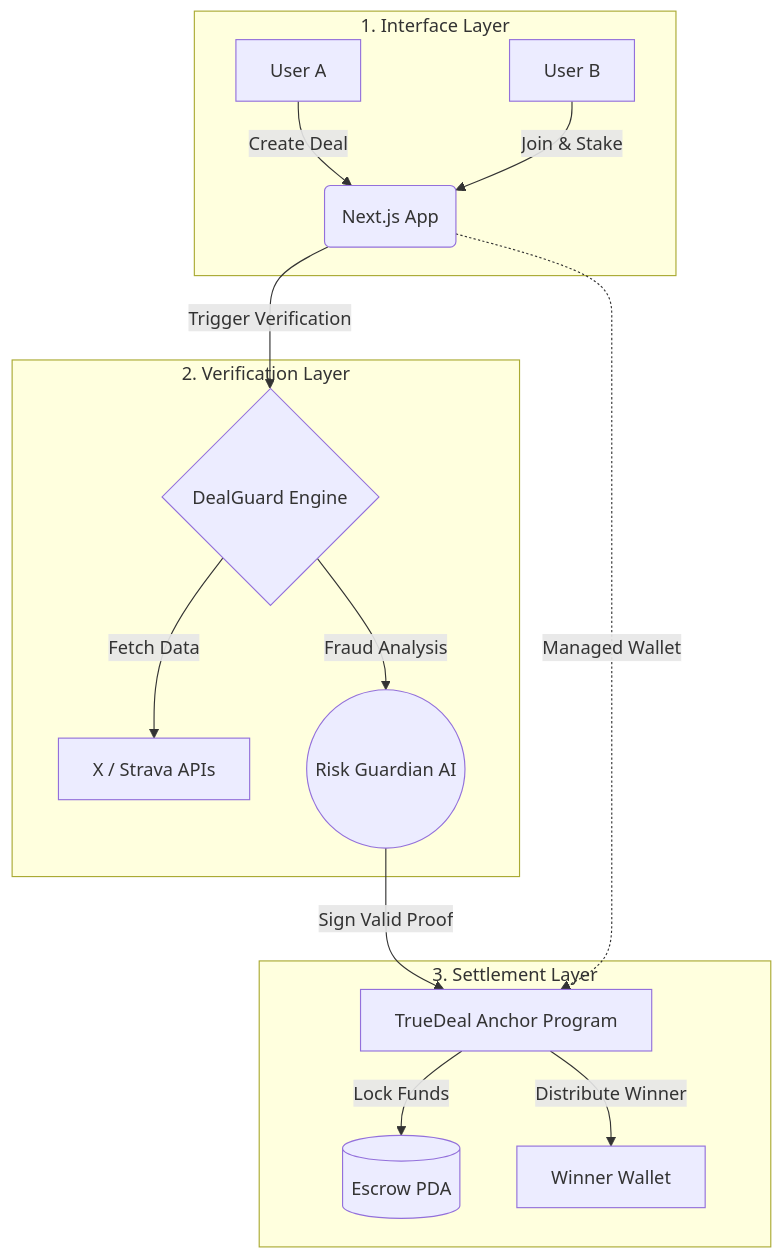
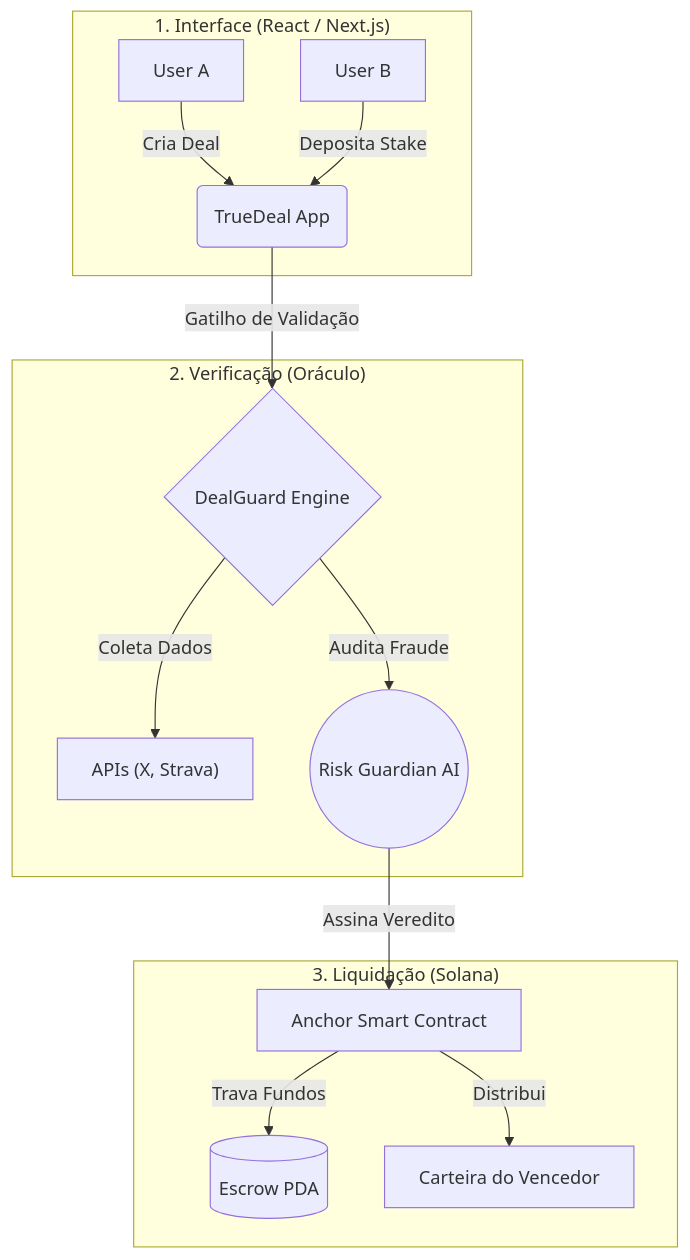
The diagram in README.md (lkr0102/truedeal), drawn with Mermaid before and after one commit. The commit also changed other lines of this file and 2 other files, not shown here.

````diff
--- a/README.md
+++ b/README.md
@@ -31,21 +95,19 @@
 ```mermaid
 graph TD
-    subgraph Layer1 ["1. Interface Layer"]
-        A["User A"] -->|"Create Deal"| C("Next.js App")
-        B["User B"] -->|"Join & Stake"| C
+    subgraph Layer1 ["1. Interface (React / Next.js)"]
+        A["User A"] -->|"Cria Deal"| C("TrueDeal App")
+        B["User B"] -->|"Deposita Stake"| C
     end
 
-    subgraph Layer2 ["2. Verification Layer"]
-        C -->|"Trigger Verification"| D{"DealGuard Engine"}
-        D -->|"Fetch Data"| E["X / Strava APIs"]
-        D -->|"Fraud Analysis"| F(("Risk Guardian AI"))
+    subgraph Layer2 ["2. Verificação (Oráculo)"]
+        C -->|"Gatilho de Validação"| D{"DealGuard Engine"}
+        D -->|"Coleta Dados"| E["APIs (X, Strava)"]
+        D -->|"Audita Fraude"| F(("Risk Guardian AI"))
     end
 
-    subgraph Layer3 ["3. Settlement Layer"]
-        F -->|"Sign Valid Proof"| G["TrueDeal Anchor Program"]
-        G -->|"Lock Funds"| H[("Escrow PDA")]
-        G -->|"Distribute Winner"| I["Winner Wallet"]
+    subgraph Layer3 ["3. Liquidação (Solana)"]
+        F -->|"Assina Veredito"| G["Anchor Smart Contract"]
+        G -->|"Trava Fundos"| H[("Escrow PDA")]
+        G -->|"Distribui"| I["Carteira do Vencedor"]
     end
-
-    C -.->|"Managed Wallet"| G
 ```
````
